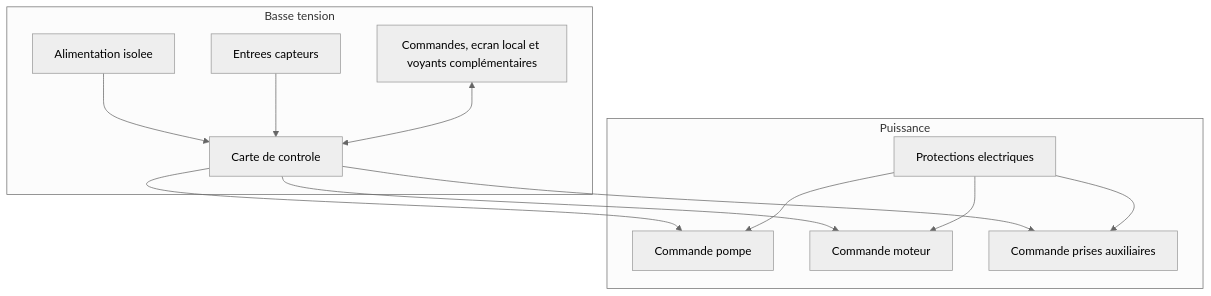
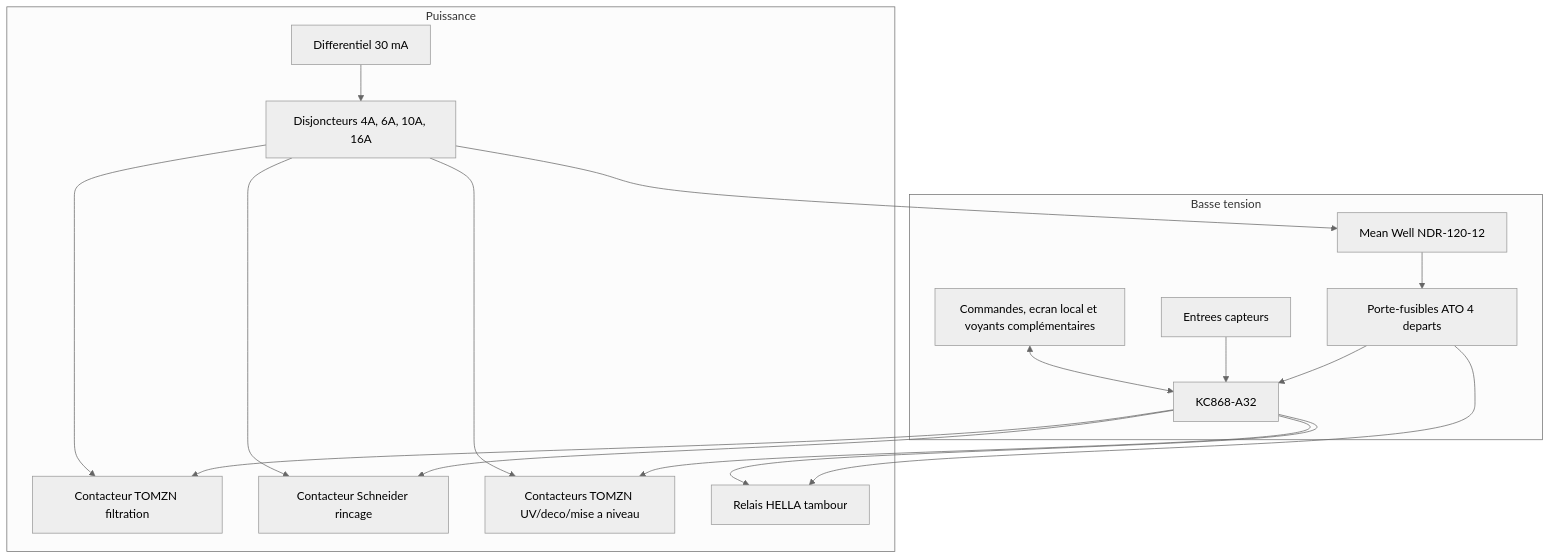
Before and after one commit to elbuey76/DrumFilterController: the second of 2 diagrams in docs/architecture/02-architecture-materielle.md, drawn with Mermaid (neutral theme). The commit also changed other lines of this file and 14 other files, not shown here.

````diff
--- a/docs/architecture/02-architecture-materielle.md
+++ b/docs/architecture/02-architecture-materielle.md
@@ -96,26 +136,34 @@
 ```mermaid
 flowchart TB
     subgraph BT[Basse tension]
-        Alim[Alimentation isolee]
-        MCU[Carte de controle]
+        Alim[Mean Well NDR-120-12]
+        Fusibles[Porte-fusibles ATO 4 departs]
+        MCU[KC868-A32]
         Inputs[Entrees capteurs]
         UI[Commandes, ecran local et voyants complémentaires]
     end
 
     subgraph P[Puissance]
-        Prot[Protections electriques]
-        K1[Commande pompe]
-        K2[Commande moteur]
-        K3[Commande prises auxiliaires]
+        Diff[Differentiel 30 mA]
+        DJ[Disjoncteurs 4A, 6A, 10A, 16A]
+        KFiltration[Contacteur TOMZN filtration]
+        KRincage[Contacteur Schneider rincage]
+        KTOMZN[Contacteurs TOMZN UV/deco/mise a niveau]
+        KTambour[Relais HELLA tambour]
     end
 
-    Alim --> MCU
+    Diff --> DJ
+    DJ --> Alim
+    Alim --> Fusibles
+    Fusibles --> MCU
+    Fusibles --> KTambour
     Inputs --> MCU
     UI <--> MCU
-    MCU --> K1
-    MCU --> K2
-    MCU --> K3
-    Prot --> K1
-    Prot --> K2
-    Prot --> K3
+    MCU --> KFiltration
+    MCU --> KRincage
+    MCU --> KTOMZN
+    MCU --> KTambour
+    DJ --> KFiltration
+    DJ --> KRincage
+    DJ --> KTOMZN
 ```
````
